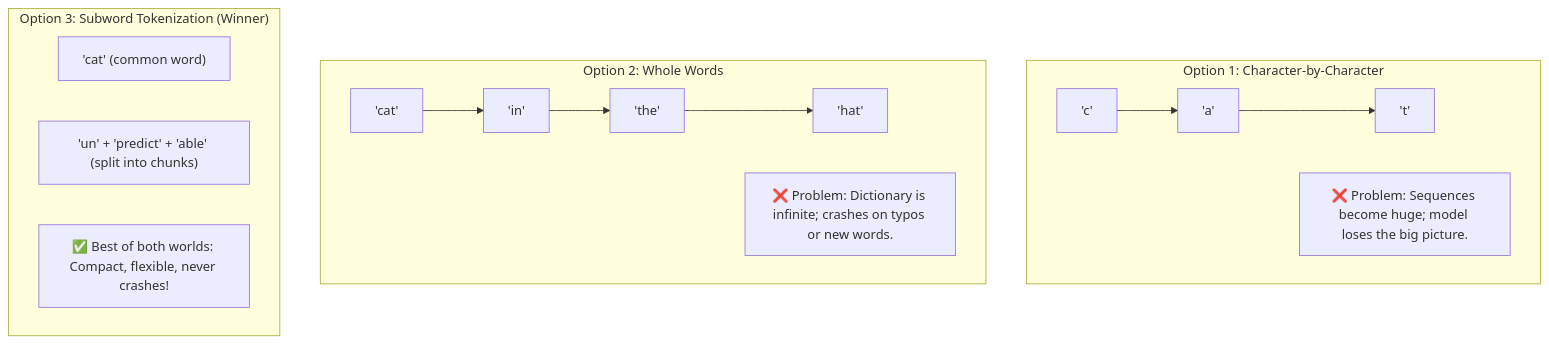
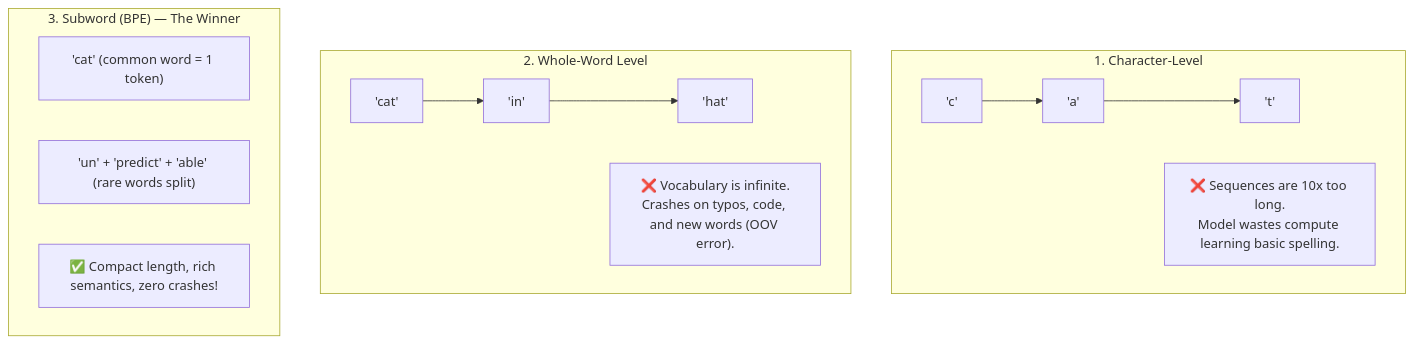
Before and after one commit to mr-mk-dev/py-ai-craft: the second of 9 diagrams in 02-llm-api-fundamentals/02-tokens/README.md, drawn with Mermaid. The commit also changed other lines of this file and 114 other files, not shown here.

Commit message:
Full RoadMap .md file Completed

````diff
--- a/02-llm-api-fundamentals/02-tokens/README.md
+++ b/02-llm-api-fundamentals/02-tokens/README.md
@@ -51,18 +56,18 @@
 ```mermaid
 flowchart TD
-    subgraph Option1["Option 1: Character-by-Character"]
+    subgraph CharLevel["1. Character-Level"]
         C1["'c'"] --> C2["'a'"] --> C3["'t'"]
-        C_note["❌ Problem: Sequences become huge; model loses the big picture."]
+        C_note["❌ Sequences are 10x too long.<br>Model wastes compute learning basic spelling."]
     end
 
-    subgraph Option2["Option 2: Whole Words"]
-        W1["'cat'"] --> W2["'in'"] --> W3["'the'"] --> W4["'hat'"]
-        W_note["❌ Problem: Dictionary is infinite; crashes on typos or new words."]
+    subgraph WordLevel["2. Whole-Word Level"]
+        W1["'cat'"] --> W2["'in'"] --> W3["'hat'"]
+        W_note["❌ Vocabulary is infinite.<br>Crashes on typos, code, and new words (OOV error)."]
     end
 
-    subgraph Option3["Option 3: Subword Tokenization (Winner)"]
-        S1["'cat' (common word)"]
-        S2["'un' + 'predict' + 'able' (split into chunks)"]
-        S_note["✅ Best of both worlds: Compact, flexible, never crashes!"]
+    subgraph SubwordLevel["3. Subword (BPE) — The Winner"]
+        S1["'cat' (common word = 1 token)"]
+        S2["'un' + 'predict' + 'able' (rare words split)"]
+        S_note["✅ Compact length, rich semantics, zero crashes!"]
     end
 ```
````
